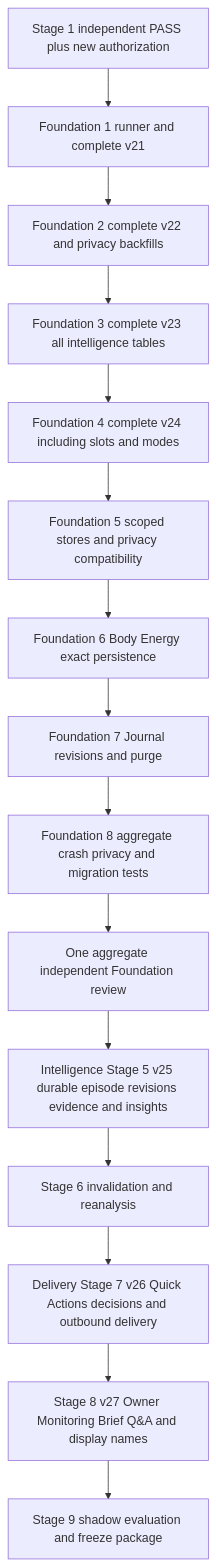
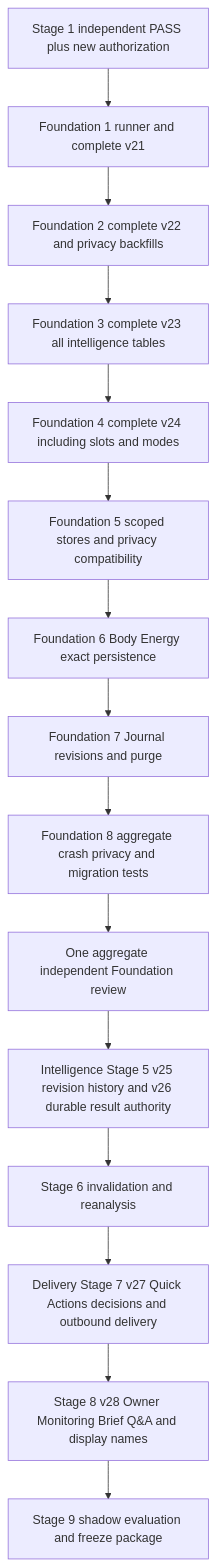
Before and after one commit to enjoyfulwen0204-eng/whoop-briefing: the sixth of 6 diagrams in docs/phase4-architecture.md, drawn with Mermaid. The commit also changed other lines of this file and 40 other files, not shown here.

Commit message:
feat(stage5): add v26 durable result authority and RC6 repairs

```diff
--- a/docs/phase4-architecture.md
+++ b/docs/phase4-architecture.md
@@ -3596,17 +3620,17 @@
 ~~~mermaid
 flowchart TD
     S1[Stage 1 independent PASS plus new authorization] --> F1[Foundation 1 runner and complete v21]
     F1 --> F2[Foundation 2 complete v22 and privacy backfills]
     F2 --> F3[Foundation 3 complete v23 all intelligence tables]
     F3 --> F4[Foundation 4 complete v24 including slots and modes]
     F4 --> F5[Foundation 5 scoped stores and privacy compatibility]
     F5 --> F6[Foundation 6 Body Energy exact persistence]
     F6 --> F7[Foundation 7 Journal revisions and purge]
     F7 --> F8[Foundation 8 aggregate crash privacy and migration tests]
     F8 --> FG[One aggregate independent Foundation review]
-    FG --> S5[Intelligence Stage 5 v25 durable episode revisions evidence and insights]
+    FG --> S5[Intelligence Stage 5 v25 revision history and v26 durable result authority]
     S5 --> S6[Stage 6 invalidation and reanalysis]
-    S6 --> S7[Delivery Stage 7 v26 Quick Actions decisions and outbound delivery]
-    S7 --> S8[Stage 8 v27 Owner Monitoring Brief Q&A and display names]
+    S6 --> S7[Delivery Stage 7 v27 Quick Actions decisions and outbound delivery]
+    S7 --> S8[Stage 8 v28 Owner Monitoring Brief Q&A and display names]
     S8 --> S9[Stage 9 shadow evaluation and freeze package]
 ~~~
```
